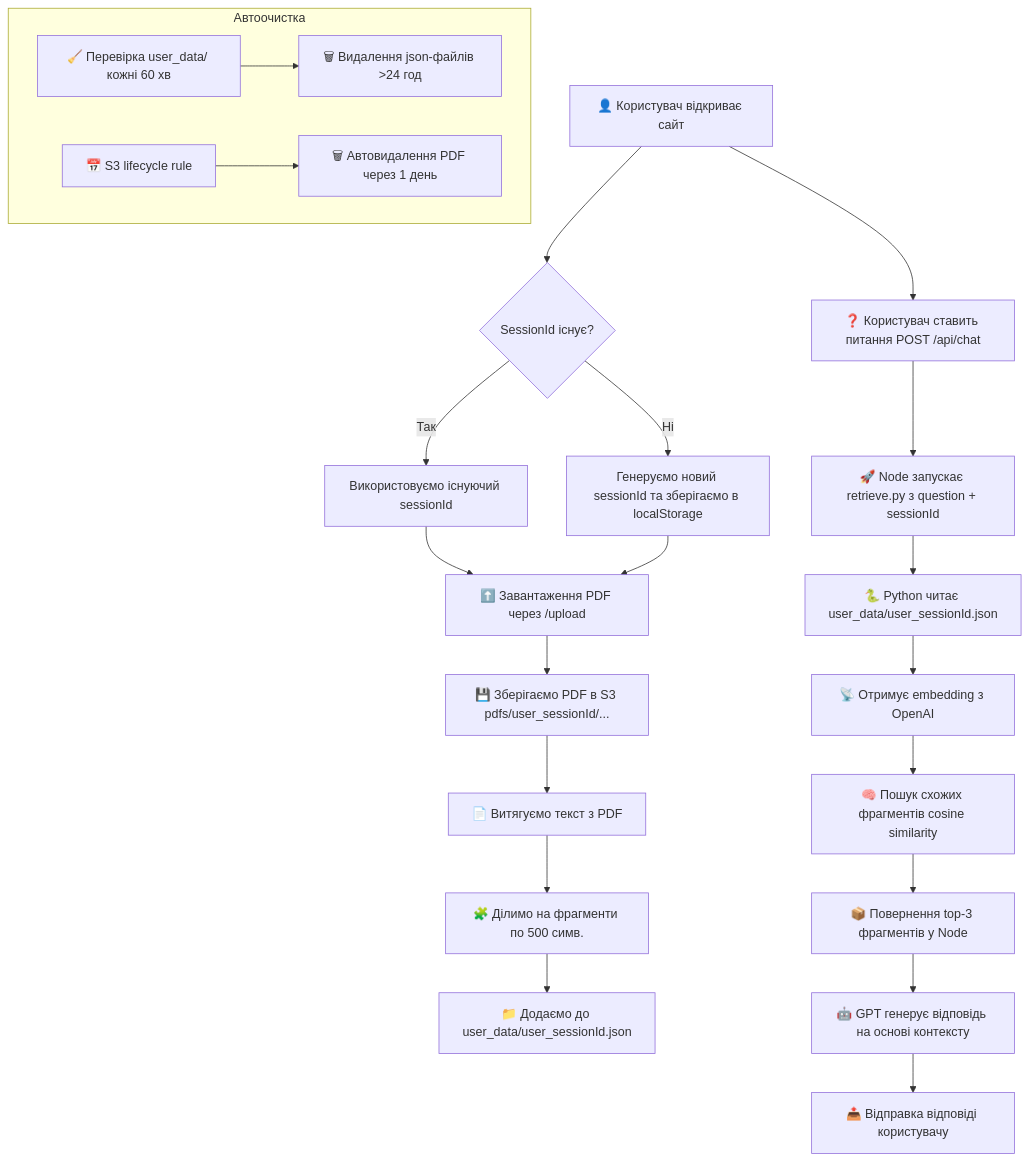
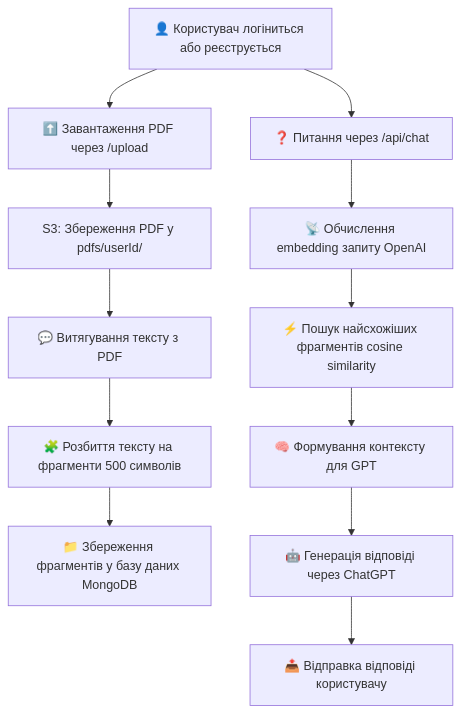
The diagram in README.md (DanyaShemet/custom-gpt-rag), drawn with Mermaid before and after one commit. The commit also changed other lines of this file and 13 other files, not shown here.

````diff
--- a/README.md
+++ b/README.md
@@ -17,30 +34,15 @@
 ```mermaid
-graph TD
-    A[👤 Користувач відкриває сайт] --> B{SessionId існує?}
-B -- Ні --> C[Генеруємо новий sessionId та зберігаємо в localStorage]
-B -- Так --> D[Використовуємо існуючий sessionId]
-
-D --> E[⬆️ Завантаження PDF через /upload]
-C --> E
-
-E --> F[💾 Зберігаємо PDF в S3 pdfs/user_sessionId/...]
-F --> G[📄 Витягуємо текст з PDF]
-G --> H[🧩 Ділимо на фрагменти по 500 симв.]
-H --> I[📁 Додаємо до user_data/user_sessionId.json]
-
-A --> J[❓ Користувач ставить питання POST /api/chat]
-J --> K[🚀 Node запускає retrieve.py з question + sessionId]
-K --> L[🐍 Python читає user_data/user_sessionId.json]
-L --> M[📡 Отримує embedding з OpenAI]
-M --> N[🧠 Пошук схожих фрагментів cosine similarity]
-N --> O[📦 Повернення top-3 фрагментів у Node]
-O --> P[🤖 GPT генерує відповідь на основі контексту]
-P --> Q[📤 Відправка відповіді користувачу]
-
-subgraph Автоочистка
-R[🧹 Перевірка user_data/ кожні 60 хв]
-R --> S[🗑 Видалення json-файлів >24 год]
-T[📅 S3 lifecycle rule] --> U[🗑 Автовидалення PDF через 1 день]
-end
-
+flowchart TD
+    A[👤 Користувач логіниться або реєструється]
+    A --> B[⬆️ Завантаження PDF через /upload]
+    B --> C[S3: Збереження PDF у pdfs/userId/]
+    C --> D[💬 Витягування тексту з PDF]
+    D --> E[🧩 Розбиття тексту на фрагменти 500 символів]
+    E --> F[📁 Збереження фрагментів у базу даних MongoDB]
+    A --> G[❓ Питання через /api/chat]
+    G --> H[📡 Обчислення embedding запиту OpenAI]
+    H --> I[⚡ Пошук найсхожіших фрагментів cosine similarity]
+    I --> J[🧠 Формування контексту для GPT]
+    J --> K[🤖 Генерація відповіді через ChatGPT]
+    K --> L[📤 Відправка відповіді користувачу]
 ```
````
